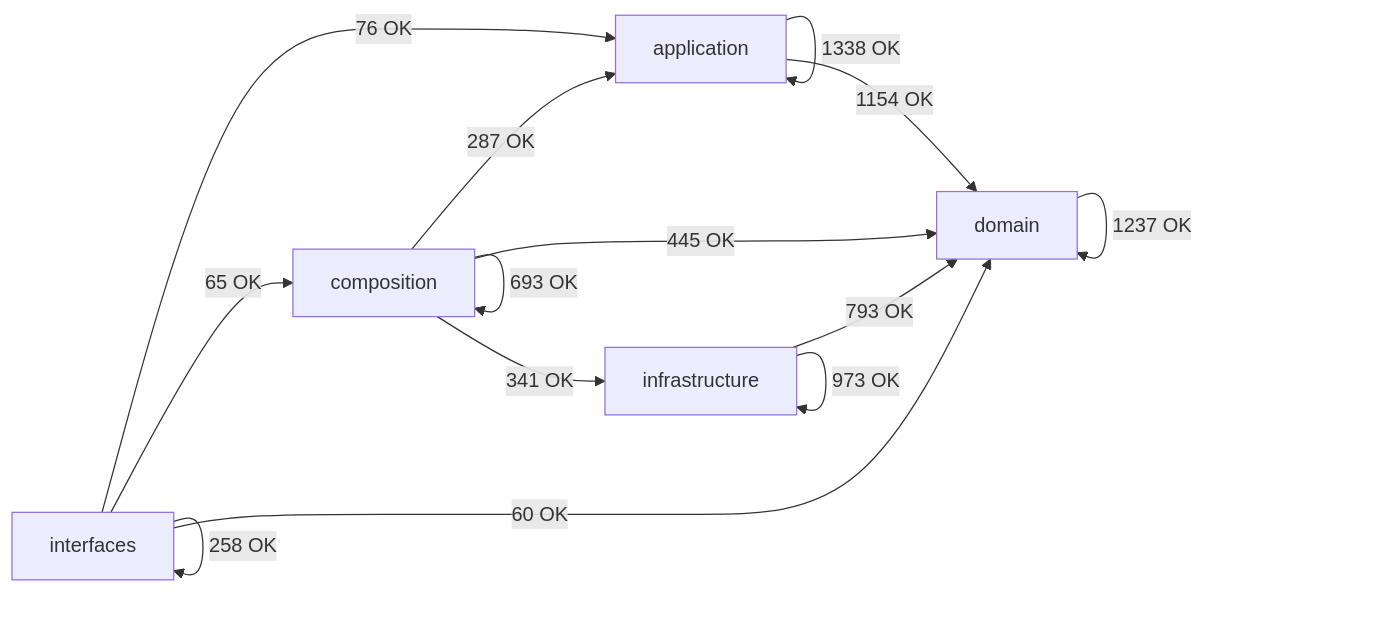
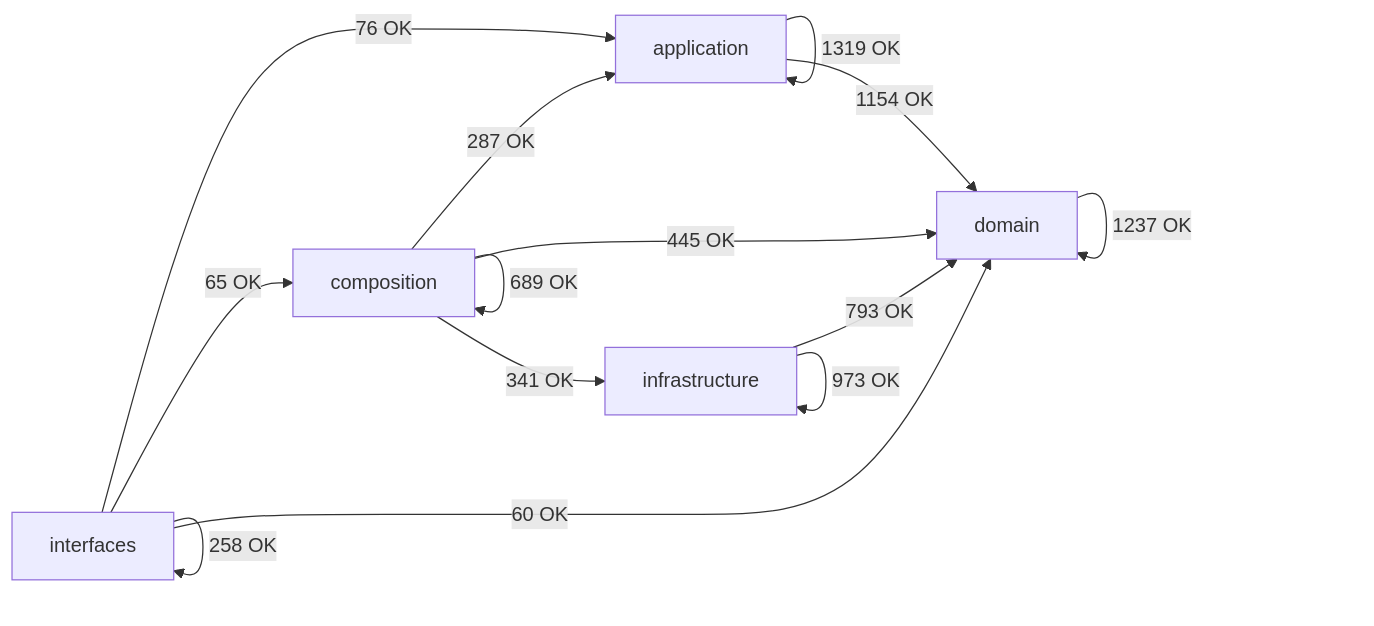
The diagram in docs/02-architecture/generated/module-dependency-map.md (SatoryKono/BioactivityDataAcquisition), drawn with Mermaid before and after one commit. The commit also changed other lines of this file and 19 other files, not shown here.

````diff
--- a/docs/02-architecture/generated/module-dependency-map.md
+++ b/docs/02-architecture/generated/module-dependency-map.md
@@ -17,21 +17,21 @@
 ```mermaid
 flowchart LR
     domain[domain]
     application[application]
     infrastructure[infrastructure]
     composition[composition]
     interfaces[interfaces]
-    application -->|1338 OK| application
+    application -->|1319 OK| application
     application -->|1154 OK| domain
     composition -->|287 OK| application
-    composition -->|693 OK| composition
+    composition -->|689 OK| composition
     composition -->|445 OK| domain
     composition -->|341 OK| infrastructure
     domain -->|1237 OK| domain
     infrastructure -->|793 OK| domain
     infrastructure -->|973 OK| infrastructure
     interfaces -->|76 OK| application
     interfaces -->|65 OK| composition
     interfaces -->|60 OK| domain
     interfaces -->|258 OK| interfaces
 ```
````
